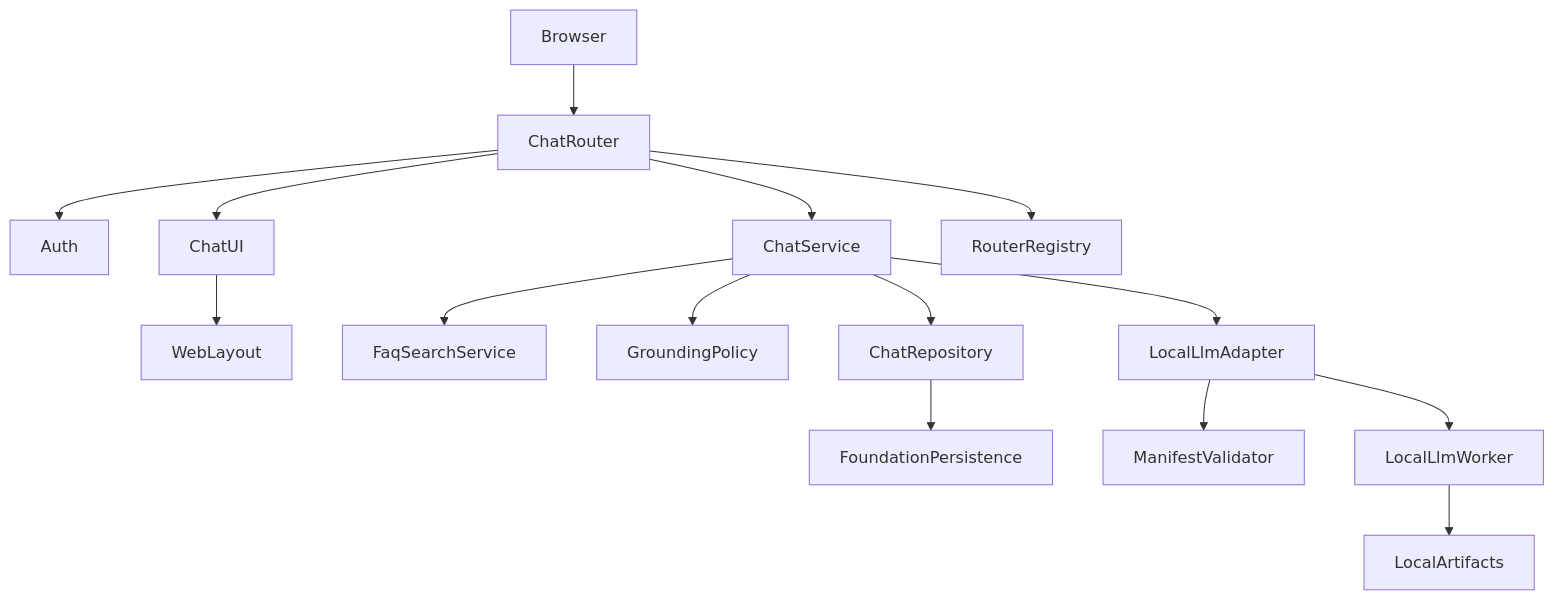
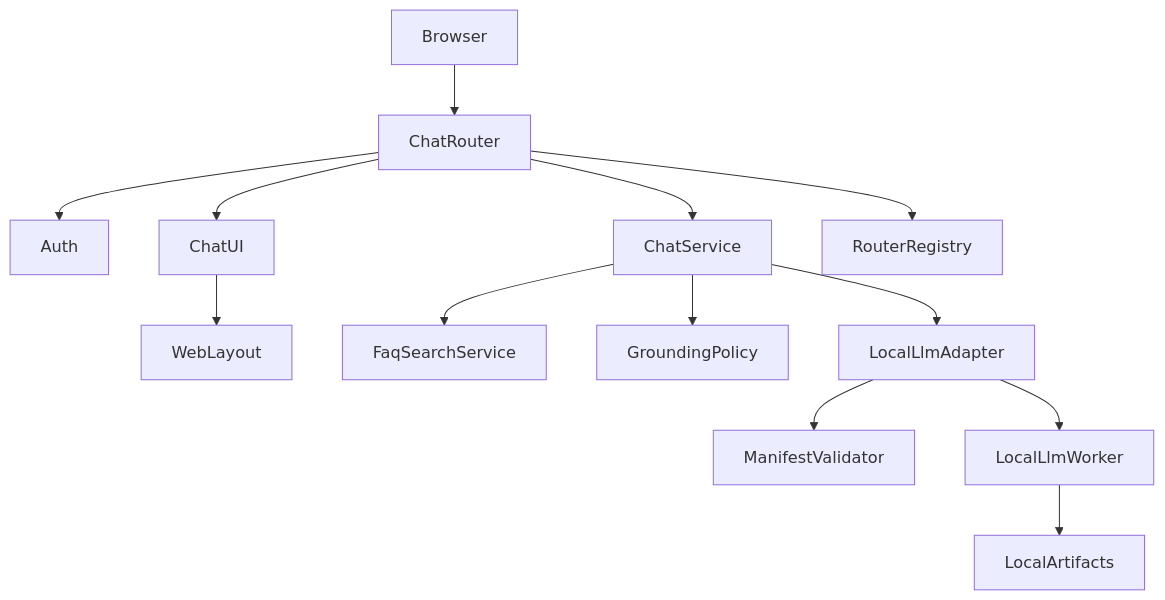
Before and after one commit to iwamuratakashi/cc-sdd-workshop-team7-helpo: the first of 4 diagrams in .kiro/specs/ai-helpdesk-chat/design.md, drawn with Mermaid. The commit also changed other lines of this file and 11 other files, not shown here.

````diff
--- a/.kiro/specs/ai-helpdesk-chat/design.md
+++ b/.kiro/specs/ai-helpdesk-chat/design.md
@@ -59,17 +60,15 @@
 ```mermaid
 graph TB
     Browser --> ChatRouter
     ChatRouter --> Auth
     ChatRouter --> ChatService
     ChatRouter --> ChatUI
     ChatUI --> WebLayout
     ChatService --> FaqSearchService
     ChatService --> GroundingPolicy
-    ChatService --> ChatRepository
     ChatService --> LocalLlmAdapter
-    ChatRepository --> FoundationPersistence
     LocalLlmAdapter --> ManifestValidator
     LocalLlmAdapter --> LocalLlmWorker
     LocalLlmWorker --> LocalArtifacts
     ChatRouter --> RouterRegistry
 ```
````
